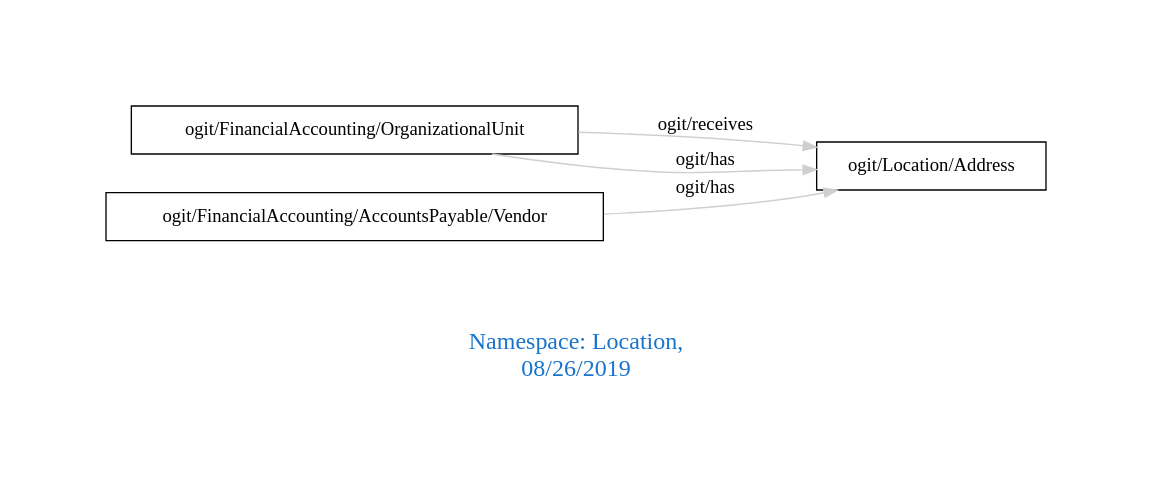
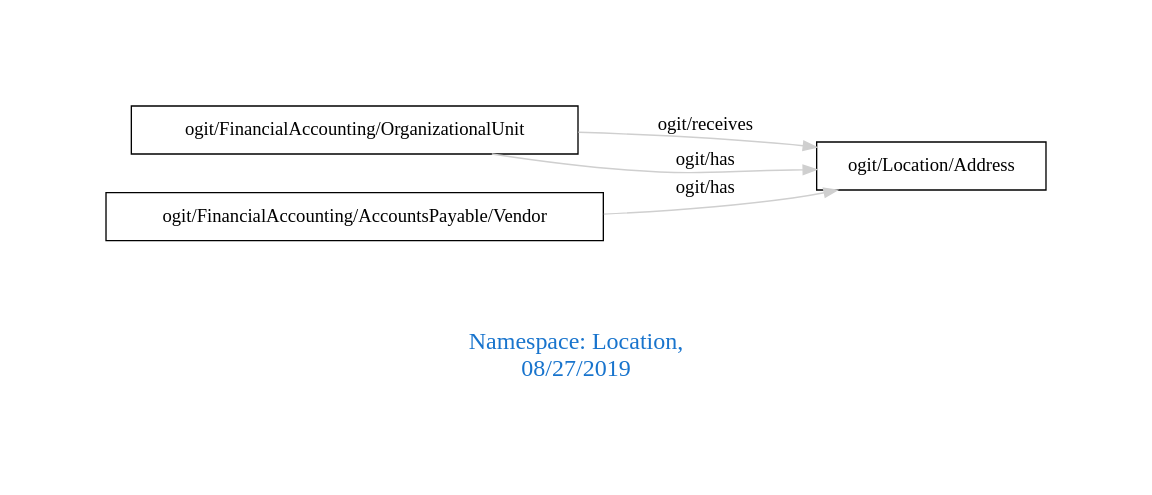
Before and after one commit to arago/OGIT: the diagram in downloads/Location.dot, drawn with Graphviz. The commit also changed 1500 other files, not shown here.

```diff
--- a/downloads/Location.dot
+++ b/downloads/Location.dot
@@ -1,11 +1,11 @@
 digraph OGIT_ontology {
  graph [ rankdir= LR,pad=1 
 fontsize = 18,
-fontcolor= dodgerblue3,label = "\n\n\nNamespace: Location, \n 08/26/2019"];
+fontcolor= dodgerblue3,label = "\n\n\nNamespace: Location, \n 08/27/2019"];
 node[shape=polygon];
 edge [  color="gray81"];
 
    "ogit/FinancialAccounting/OrganizationalUnit" -> "ogit/Location/Address" [label="   ogit/receives    "];
    "ogit/FinancialAccounting/AccountsPayable/Vendor" -> "ogit/Location/Address" [label="   ogit/has    "];
    "ogit/FinancialAccounting/OrganizationalUnit" -> "ogit/Location/Address" [label="   ogit/has    "];
 }
```
